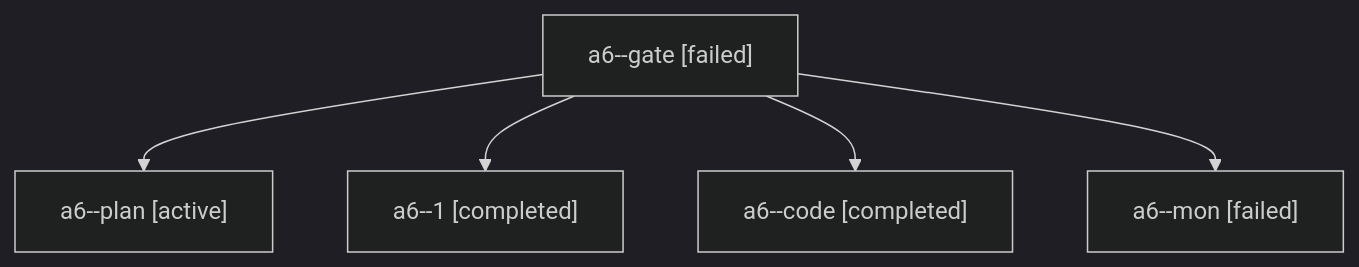
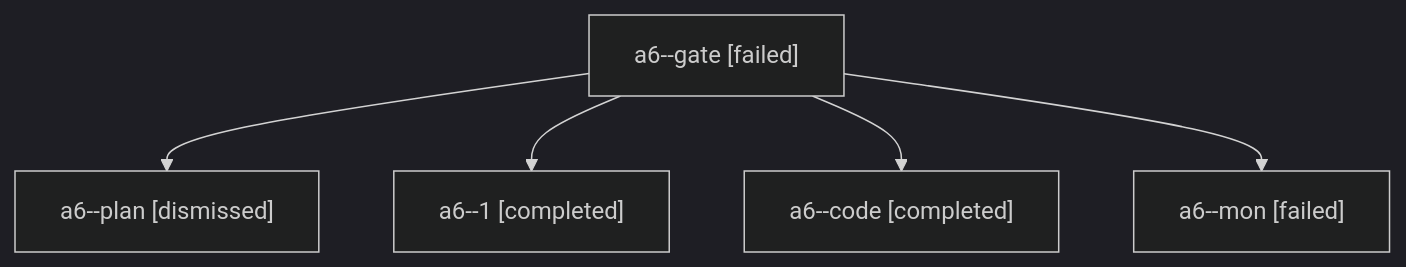
Before and after one commit to bobs-org/bob-cli--agents: the diagram in sessions/bbugyi200.apollo.a6.md, drawn with Mermaid (dark theme). The commit also changed other lines of this file and 27 other files, not shown here.

````diff
--- a/sessions/bbugyi200.apollo.a6.md
+++ b/sessions/bbugyi200.apollo.a6.md
@@ -9,12 +9,12 @@
 ```mermaid
 flowchart TD
   n0["a6--gate [failed]"]
-  n1["a6--plan [active]"]
+  n1["a6--plan [dismissed]"]
   n0 --> n1
   n2["a6--1 [completed]"]
   n0 --> n2
   n3["a6--code [completed]"]
   n0 --> n3
   n4["a6--mon [failed]"]
   n0 --> n4
 ```
````
